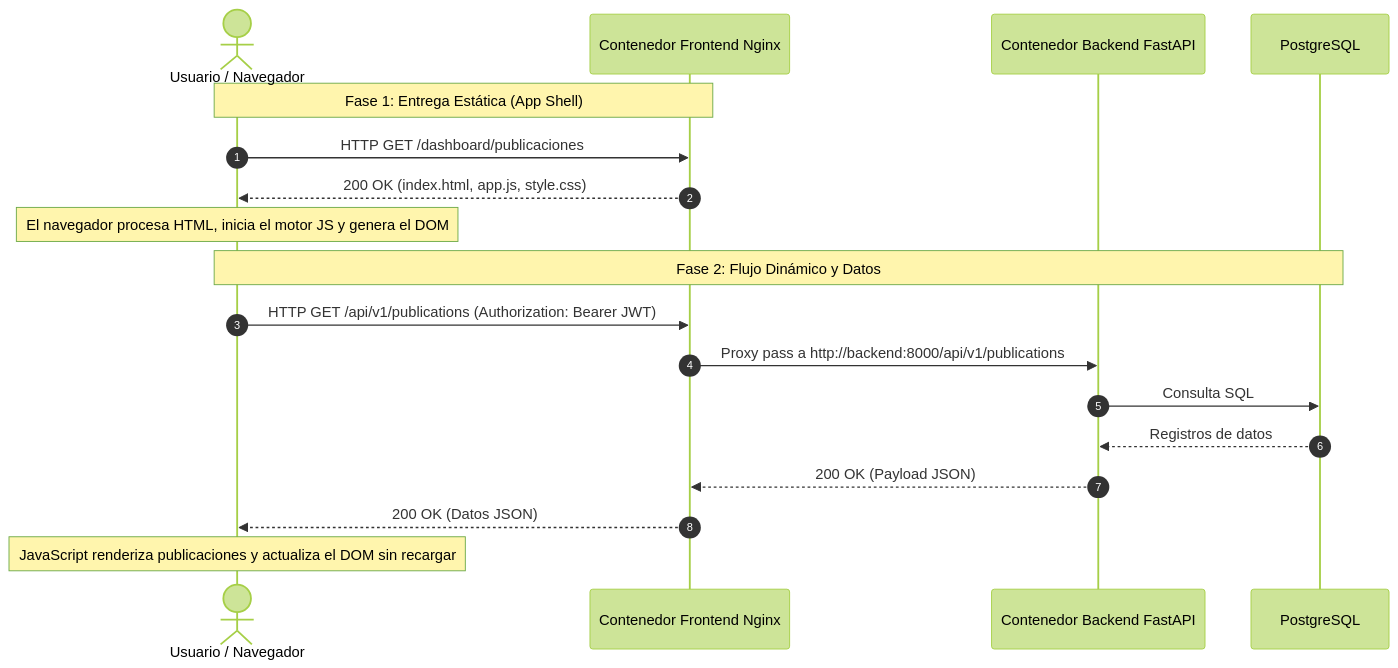
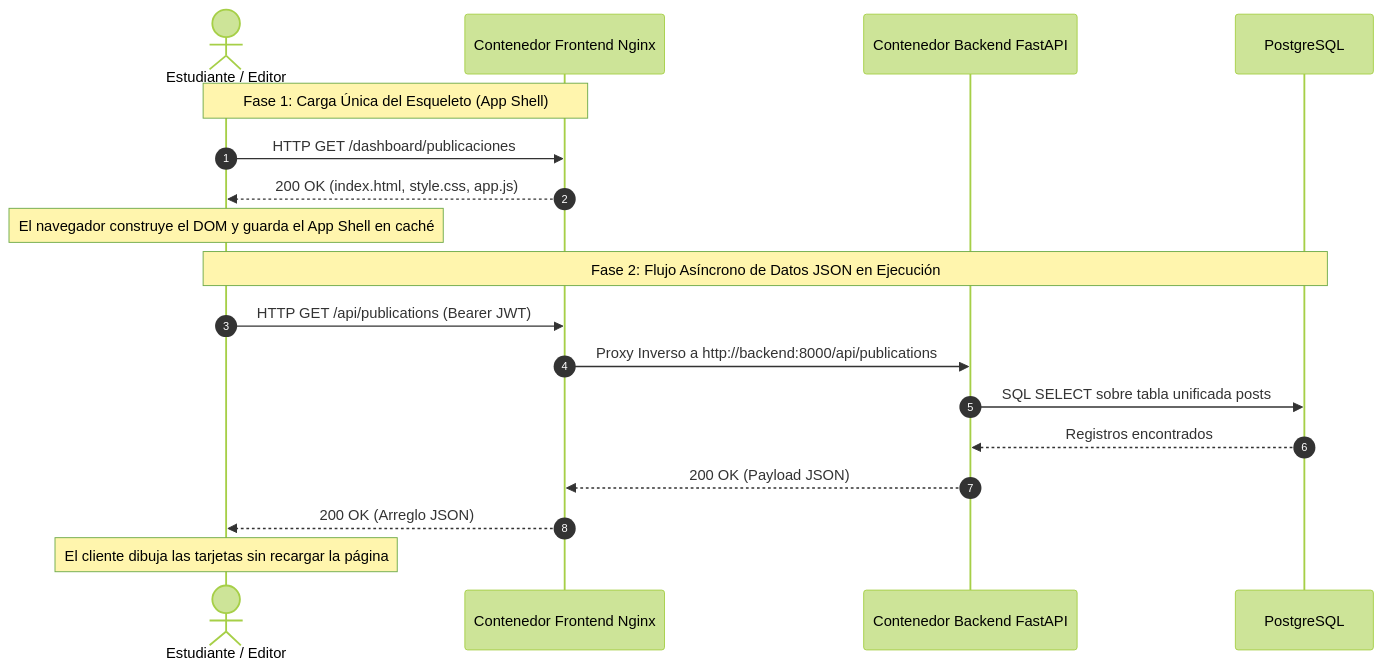
The first of 2 diagrams in content/posts/upa-campus-app-architecture-part-4/index.es.md (Pascal-Thommen/pascal-thommen.github.io), drawn with Mermaid (forest theme) before and after one commit. The commit also changed other lines of this file and 20 other files, not shown here.

Commit message:
feat(posts): refine UPA Campus App architecture series with holistic webapp mental model and specification depth

````diff
--- a/content/posts/upa-campus-app-architecture-part-4/index.es.md
+++ b/content/posts/upa-campus-app-architecture-part-4/index.es.md
@@ -91,22 +30,22 @@
 ```mermaid
 sequenceDiagram
     autonumber
-    actor User as Usuario / Navegador
+    actor User as Estudiante / Editor
     participant Nginx as Contenedor Frontend Nginx
     participant Backend as Contenedor Backend FastAPI
     participant DB as PostgreSQL
 
-    Note over User,Nginx: Fase 1: Entrega Estática (App Shell)
+    Note over User,Nginx: Fase 1: Carga Única del Esqueleto (App Shell)
     User->>Nginx: HTTP GET /dashboard/publicaciones
-    Nginx-->>User: 200 OK (index.html, app.js, style.css)
-    Note over User: El navegador procesa HTML, inicia el motor JS y genera el DOM
+    Nginx-->>User: 200 OK (index.html, style.css, app.js)
+    Note over User: El navegador construye el DOM y guarda el App Shell en caché
 
-    Note over User,DB: Fase 2: Flujo Dinámico y Datos
-    User->>Nginx: HTTP GET /api/v1/publications (Authorization: Bearer JWT)
-    Nginx->>Backend: Proxy pass a http://backend:8000/api/v1/publications
-    Backend->>DB: Consulta SQL
-    DB-->>Backend: Registros de datos
+    Note over User,DB: Fase 2: Flujo Asíncrono de Datos JSON en Ejecución
+    User->>Nginx: HTTP GET /api/publications (Bearer JWT)
+    Nginx->>Backend: Proxy Inverso a http://backend:8000/api/publications
+    Backend->>DB: SQL SELECT sobre tabla unificada posts
+    DB-->>Backend: Registros encontrados
     Backend-->>Nginx: 200 OK (Payload JSON)
-    Nginx-->>User: 200 OK (Datos JSON)
-    Note over User: JavaScript renderiza publicaciones y actualiza el DOM sin recargar
+    Nginx-->>User: 200 OK (Arreglo JSON)
+    Note over User: El cliente dibuja las tarjetas sin recargar la página
 ```
````
